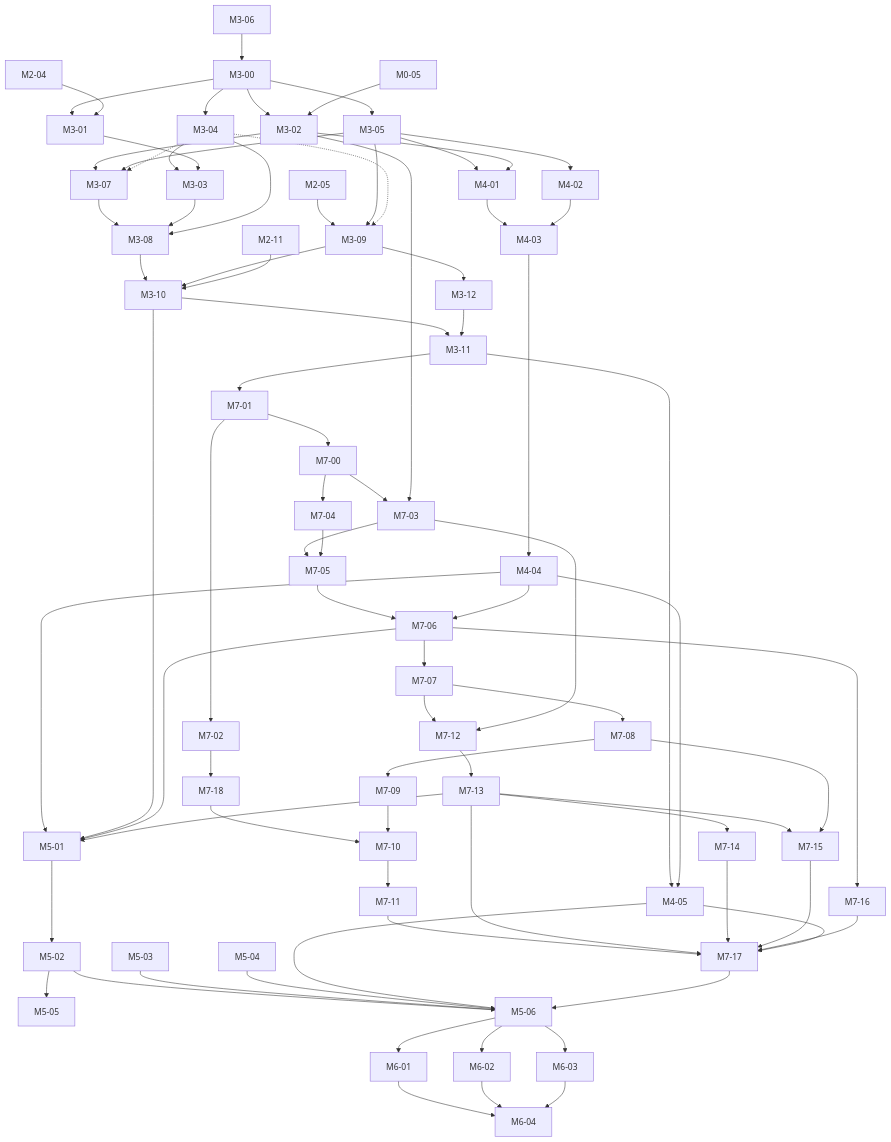
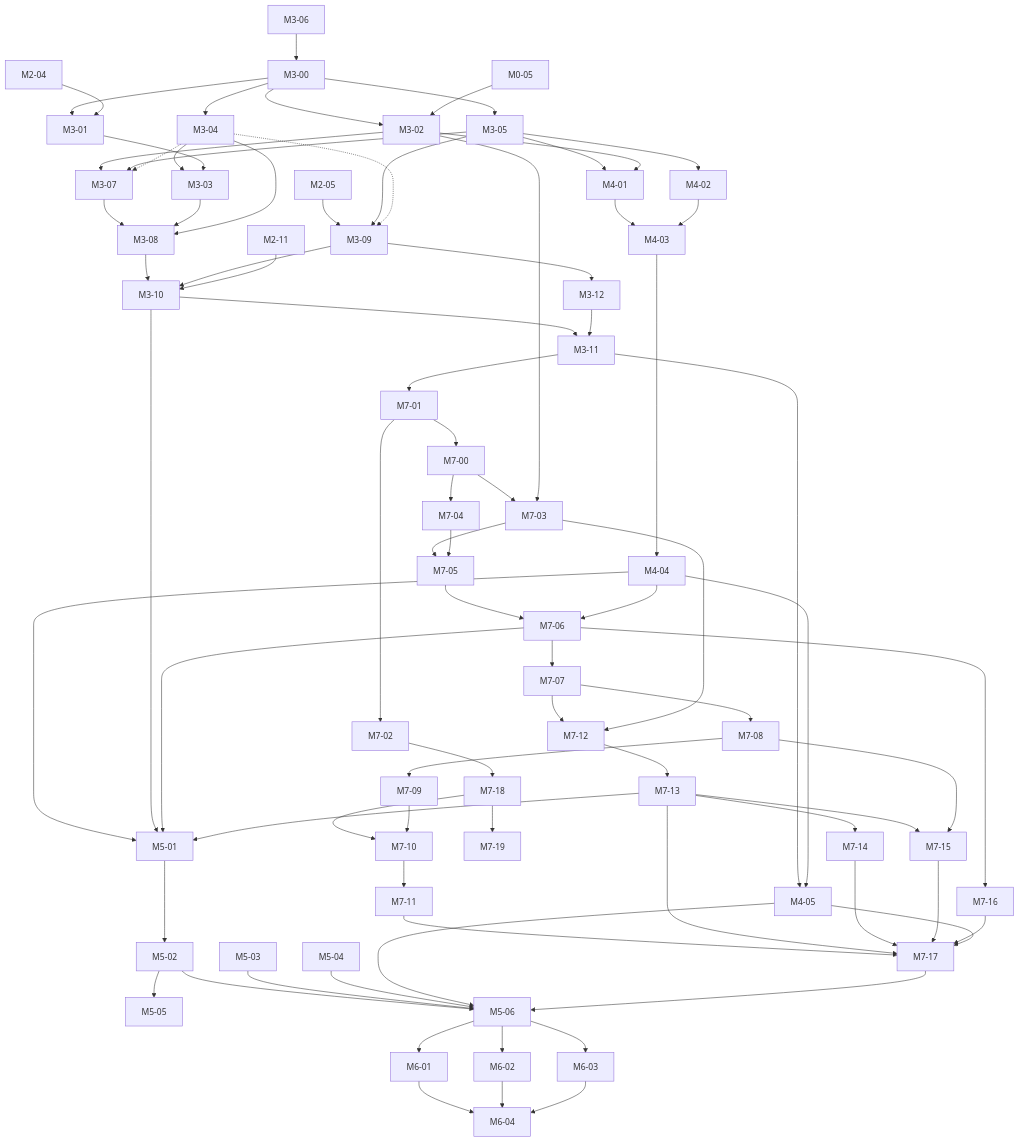
One commit to Mohammad-Aminazadeh/brain-3d-reconstruction changed the diagram in tasks/BACKLOG.md. Above: the diagram before and after it, drawn with Mermaid. The commit also changed other lines of this file and 5 other files, not shown here.

````diff
--- a/tasks/BACKLOG.md
+++ b/tasks/BACKLOG.md
@@ -108,60 +109,61 @@
 ```mermaid
 flowchart TD
     M3-06 --> M3-00
     M3-00 --> M3-01 & M3-02 & M3-05
     M2-04 --> M3-01
     M3-00 --> M3-04 --> M3-03
     M3-01 --> M3-03
     M0-05 --> M3-02
     M3-02 --> M3-07
     M3-05 --> M3-07
     M3-04 -.-> M3-07
     M3-07 --> M3-08
     M3-03 --> M3-08
     M3-04 --> M3-08
     M2-05 --> M3-09
     M3-05 --> M3-09
     M3-04 -.-> M3-09
     M3-08 --> M3-10
     M3-09 --> M3-10
     M2-11 --> M3-10
     M3-09 --> M3-12
     M3-10 --> M3-11
     M3-12 --> M3-11
     M3-05 --> M4-01
     M3-02 --> M4-01
     M3-05 --> M4-02
     M4-01 --> M4-03
     M4-02 --> M4-03 --> M4-04
     M3-11 --> M4-05
     M4-04 --> M4-05
     M4-04 --> M5-01
     M3-10 --> M5-01
     M5-01 --> M5-02
     M5-02 --> M5-05
     M5-02 --> M5-06
     M5-03 --> M5-06
     M5-04 --> M5-06
     M4-05 --> M5-06
     M5-06 --> M6-01 & M6-02 & M6-03 --> M6-04
     M3-11 --> M7-01
     M7-01 --> M7-00 & M7-02
     M7-00 --> M7-03 & M7-04
     M3-02 --> M7-03
     M7-03 --> M7-05
     M7-04 --> M7-05 --> M7-06 --> M7-07 --> M7-08 --> M7-09
     M4-04 --> M7-06
     M7-07 --> M7-12
     M7-03 --> M7-12 --> M7-13
     M7-02 --> M7-18 --> M7-10
+    M7-18 --> M7-19
     M7-09 --> M7-10 --> M7-11
     M7-13 --> M7-14
     M7-13 --> M7-15
     M7-08 --> M7-15
     M7-06 --> M7-16
     M7-11 & M7-13 & M7-14 & M7-15 & M7-16 --> M7-17
     M4-05 --> M7-17
     M7-06 --> M5-01
     M7-13 --> M5-01
     M7-17 --> M5-06
 ```
````
